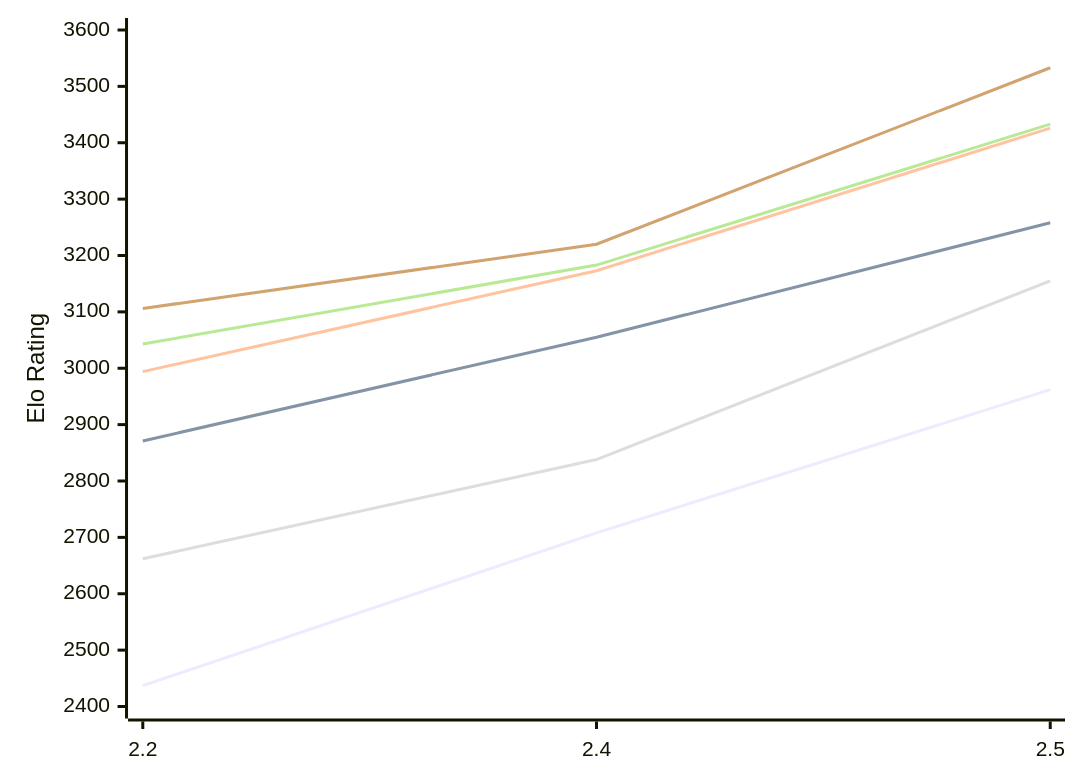
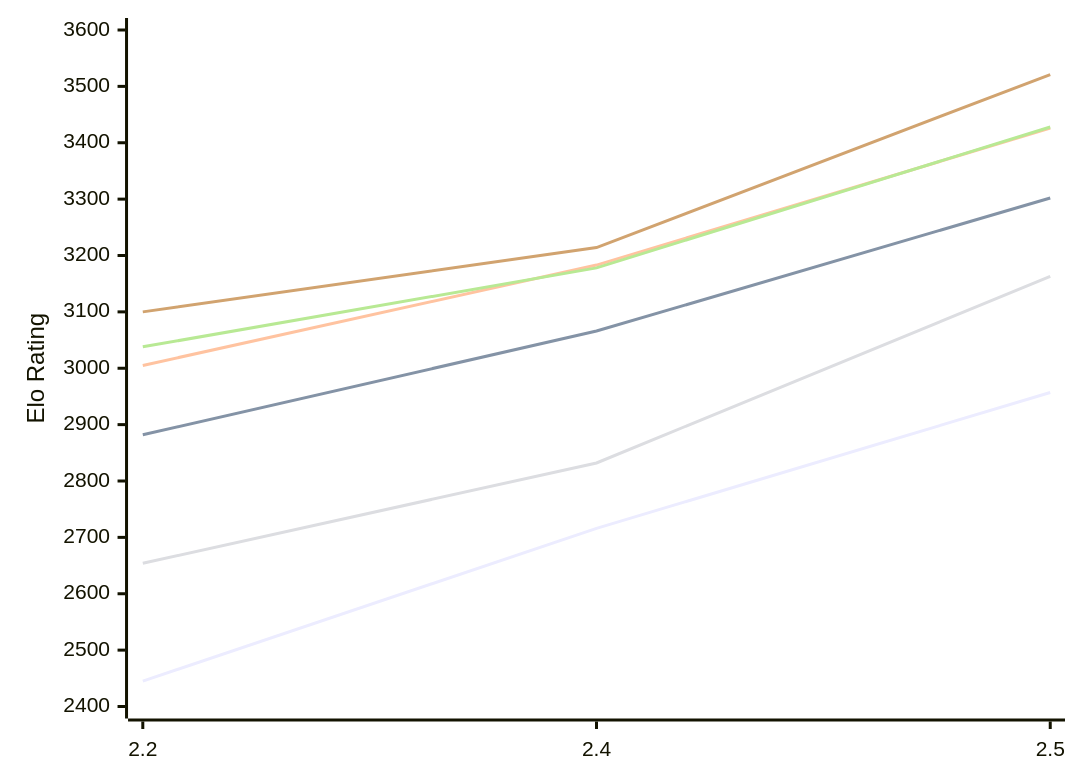
Before and after one commit to computer-chess-index/cci: the first of 2 diagrams in engines/Sloth.md, drawn with Mermaid. The commit also changed other lines of this file, not shown here.

Commit message:
Update CCI Ratings (ELO VLTC) - 2026-11-06

````diff
--- a/engines/Sloth.md
+++ b/engines/Sloth.md
@@ -52,12 +52,12 @@
 ```mermaid
 %%{init: {"theme":"base","themeVariables":{"seriesColors:['#a3a3a3','#222221','#faa371']}}}%%
 xychart-beta
   x-axis ["2.2", "2.4", "2.5"]
   y-axis "Elo Rating" 2400 --> 3600
-  line "E1: STC (8.0+0.08s)" [2437, 2708, 2962]
-  line "E1: LTC (60.0+0.60s)" [2871, 3055, 3258]
-  line "E1: VLTC (2m24s+1.12s)" [2994, 3173, 3426]
-  line "P1: STC (8.0+0.08s)" [2662, 2838, 3155]
-  line "P1: LTC (60.0+0.60s)" [3043, 3183, 3433]
-  line "P1: VLTC (2m24s+1.12s)" [3106, 3220, 3533]
+  line "E1: STC (8.0+0.08s)" [2445, 2716, 2957]
+  line "E1: LTC (60.0+0.60s)" [2882, 3066, 3302]
+  line "E1: VLTC (2m24s+1.12s)" [3005, 3183, 3426]
+  line "P1: STC (8.0+0.08s)" [2654, 2832, 3163]
+  line "P1: LTC (60.0+0.60s)" [3038, 3178, 3428]
+  line "P1: VLTC (2m24s+1.12s)" [3100, 3214, 3521]
 ```
````
